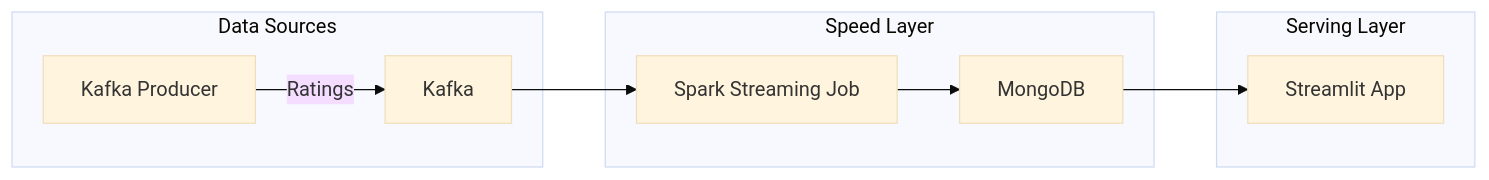
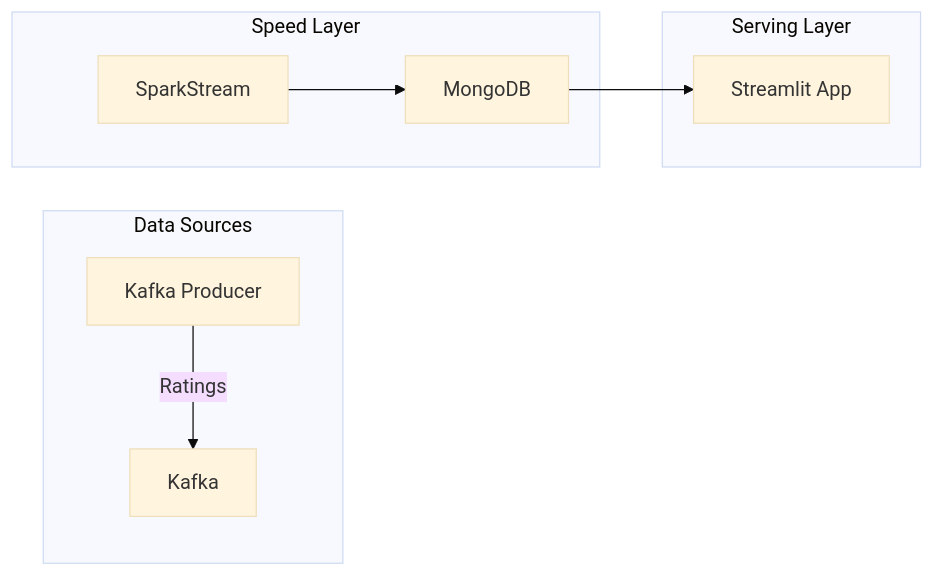
The diagram in README.md (nguyentieuanh/big_data_pipeline_movie), drawn with Mermaid (base theme) before and after one commit.

````diff
--- a/README.md
+++ b/README.md
@@ -8,15 +8,14 @@
 ```mermaid
 graph LR
     subgraph "Data Sources"
         Producer[Kafka Producer] -->|Ratings| Kafka
     end
     
     subgraph "Speed Layer"
-        Kafka --> SparkStream[Spark Streaming Job]
         SparkStream --> Mongo[MongoDB]
     end
     
     subgraph "Serving Layer"
         Mongo --> Streamlit[Streamlit App]
     end
 ```
````
